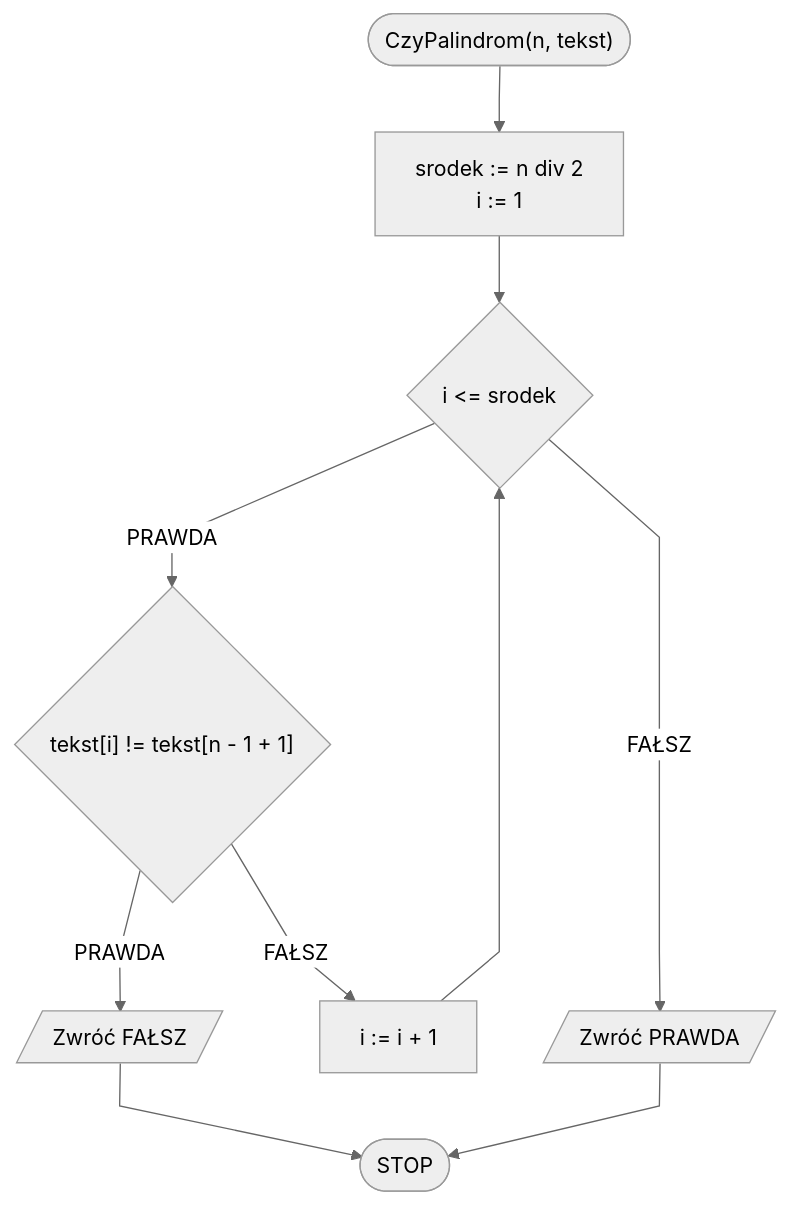
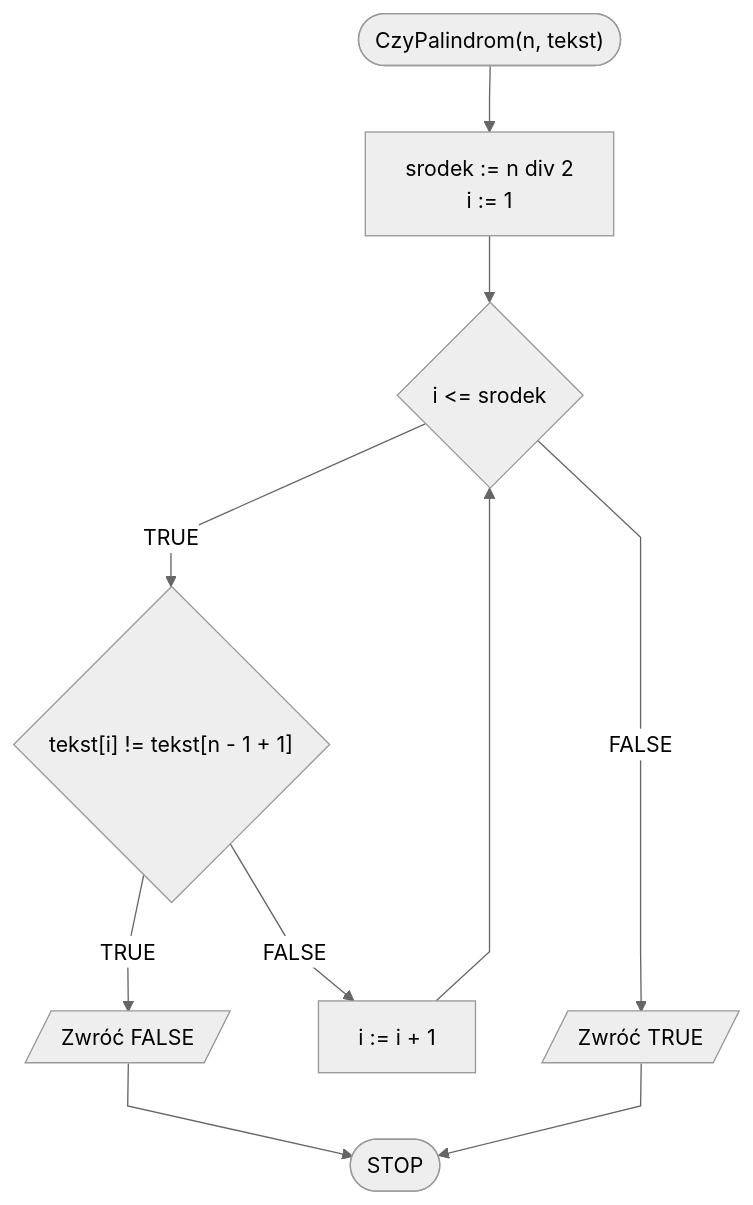
One commit to blackbat13/edu-cs-htiew-en changed the diagram in docs/algorithms/text/palindrome.md. Above: the diagram before and after it, drawn with Mermaid. The commit also changed other lines of this file and 682 other files, not shown here.

````diff
--- a/docs/algorithms/text/palindrome.md
+++ b/docs/algorithms/text/palindrome.md
@@ -70,14 +70,14 @@
 ```mermaid
 %%{init: {"flowchart": {"curve": "linear"}, "theme": "neutral"} }%%
 flowchart TD
 	START(["CzyPalindrom(n, tekst)"]) --> K1["srodek := n div 2
 	i := 1"]
 	K1 --> K2{i <= srodek}
-	K2 -- PRAWDA --> K3{"tekst[i] != tekst[n - 1 + 1]"}
-	K3 -- PRAWDA --> K4[/Zwróć FAŁSZ/]
+	K2 -- TRUE --> K3{"tekst[i] != tekst[n - 1 + 1]"}
+	K3 -- TRUE --> K4[/Zwróć FALSE/]
 	K4 --> STOP([STOP])
-	K3 -- FAŁSZ --> K2i[i := i + 1]
+	K3 -- FALSE --> K2i[i := i + 1]
 	K2i --> K2
-	K2 -- FAŁSZ --> K5[/Zwróć PRAWDA/]
+	K2 -- FALSE --> K5[/Zwróć TRUE/]
 	K5 --> STOP
 ```
````
